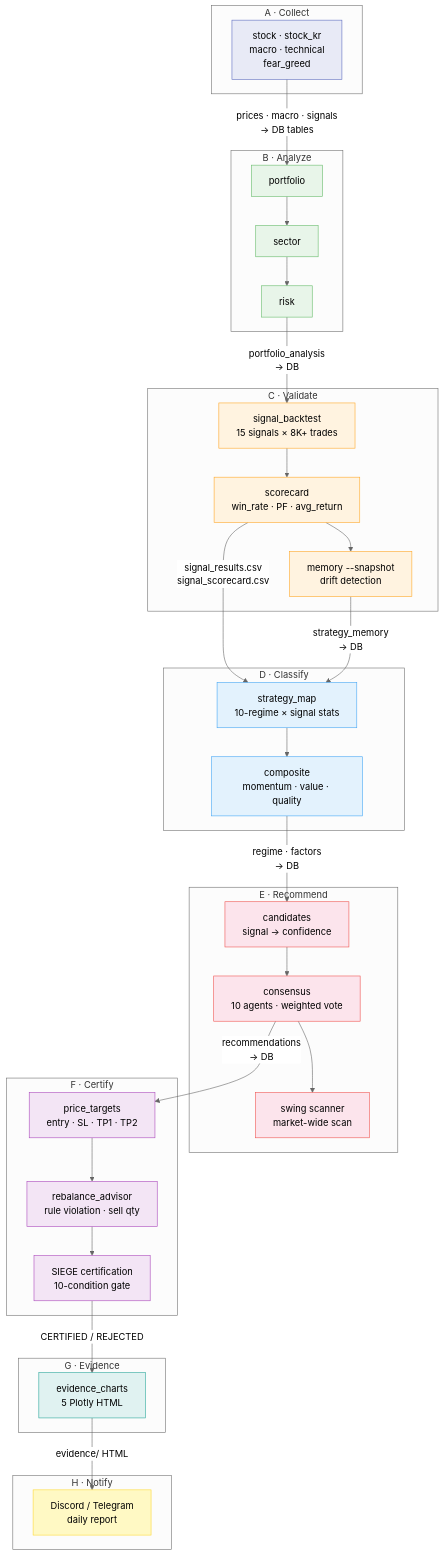
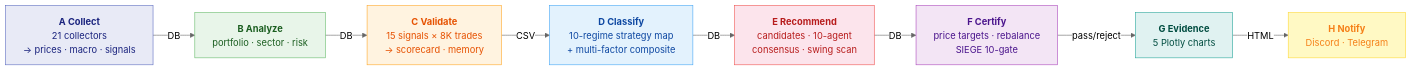
The diagram in README.md (researcherhojin/nuri-quant), drawn with Mermaid (neutral theme) before and after one commit. The commit also changed other lines of this file, not shown here.

Commit message:
fix: pipeline mermaid — LR layout, no subgraph overlap
Switched from TD+subgraph to LR single-row layout to fix:
- Arrow/text overlap on GitHub rendering
- Excessive vertical scrolling
- Edge labels colliding with nodes

Phase details moved to collapsible <details> table.

````diff
--- a/README.md
+++ b/README.md
@@ -19,65 +19,22 @@
 ```mermaid
-graph TD
-    subgraph "A · Collect"
-        A1["stock · stock_kr<br/>macro · technical<br/>fear_greed"]
-    end
+graph LR
+    A["<b>A Collect</b><br/>21 collectors<br/>→ prices · macro · signals"]
+    B["<b>B Analyze</b><br/>portfolio · sector · risk"]
+    C["<b>C Validate</b><br/>15 signals × 8K trades<br/>→ scorecard · memory"]
+    D["<b>D Classify</b><br/>10-regime strategy map<br/>+ multi-factor composite"]
+    E["<b>E Recommend</b><br/>candidates · 10-agent<br/>consensus · swing scan"]
+    F["<b>F Certify</b><br/>price targets · rebalance<br/>SIEGE 10-gate"]
+    G["<b>G Evidence</b><br/>5 Plotly charts"]
+    H["<b>H Notify</b><br/>Discord · Telegram"]
 
-    subgraph "B · Analyze"
-        B1["portfolio"] --> B2["sector"]
-        B2 --> B3["risk"]
-    end
+    A -->|DB| B -->|DB| C -->|CSV| D -->|DB| E -->|DB| F -->|pass/reject| G -->|HTML| H
 
-    subgraph "C · Validate"
-        C1["signal_backtest<br/>15 signals × 8K+ trades"] --> C2["scorecard<br/>win_rate · PF · avg_return"]
-        C2 --> C3["memory --snapshot<br/>drift detection"]
-    end
-
-    subgraph "D · Classify"
-        D1["strategy_map<br/>10-regime × signal stats"] --> D2["composite<br/>momentum · value · quality"]
-    end
-
-    subgraph "E · Recommend"
-        E1["candidates<br/>signal → confidence"] --> E2["consensus<br/>10 agents · weighted vote"]
-        E2 --> E3["swing scanner<br/>market-wide scan"]
-    end
-
-    subgraph "F · Certify"
-        F1["price_targets<br/>entry · SL · TP1 · TP2"] --> F2["rebalance_advisor<br/>rule violation · sell qty"]
-        F2 --> F3["SIEGE certification<br/>10-condition gate"]
-    end
-
-    subgraph "G · Evidence"
-        G1["evidence_charts<br/>5 Plotly HTML"]
-    end
-
-    subgraph "H · Notify"
-        H1["Discord / Telegram<br/>daily report"]
-    end
-
-    A1 -- "prices · macro · signals<br/>→ DB tables" --> B1
-    B3 -- "portfolio_analysis<br/>→ DB" --> C1
-    C2 -- "signal_results.csv<br/>signal_scorecard.csv" --> D1
-    C3 -- "strategy_memory<br/>→ DB" --> D1
-    D2 -- "regime · factors<br/>→ DB" --> E1
-    E2 -- "recommendations<br/>→ DB" --> F1
-    F3 -- "CERTIFIED / REJECTED" --> G1
-    G1 -- "evidence/ HTML" --> H1
-
-    style A1 fill:#e8eaf6,stroke:#5c6bc0
-    style B1 fill:#e8f5e9,stroke:#66bb6a
-    style B2 fill:#e8f5e9,stroke:#66bb6a
-    style B3 fill:#e8f5e9,stroke:#66bb6a
-    style C1 fill:#fff3e0,stroke:#ffa726
-    style C2 fill:#fff3e0,stroke:#ffa726
-    style C3 fill:#fff3e0,stroke:#ffa726
-    style D1 fill:#e3f2fd,stroke:#42a5f5
-    style D2 fill:#e3f2fd,stroke:#42a5f5
-    style E1 fill:#fce4ec,stroke:#ef5350
-    style E2 fill:#fce4ec,stroke:#ef5350
-    style E3 fill:#fce4ec,stroke:#ef5350
-    style F1 fill:#f3e5f5,stroke:#ab47bc
-    style F2 fill:#f3e5f5,stroke:#ab47bc
-    style F3 fill:#f3e5f5,stroke:#ab47bc
-    style G1 fill:#e0f2f1,stroke:#26a69a
-    style H1 fill:#fff9c4,stroke:#fdd835
+    style A fill:#e8eaf6,stroke:#5c6bc0,color:#1a237e
+    style B fill:#e8f5e9,stroke:#66bb6a,color:#1b5e20
+    style C fill:#fff3e0,stroke:#ffa726,color:#e65100
+    style D fill:#e3f2fd,stroke:#42a5f5,color:#0d47a1
+    style E fill:#fce4ec,stroke:#ef5350,color:#b71c1c
+    style F fill:#f3e5f5,stroke:#ab47bc,color:#4a148c
+    style G fill:#e0f2f1,stroke:#26a69a,color:#004d40
+    style H fill:#fff9c4,stroke:#fdd835,color:#f57f17
 ```
````
